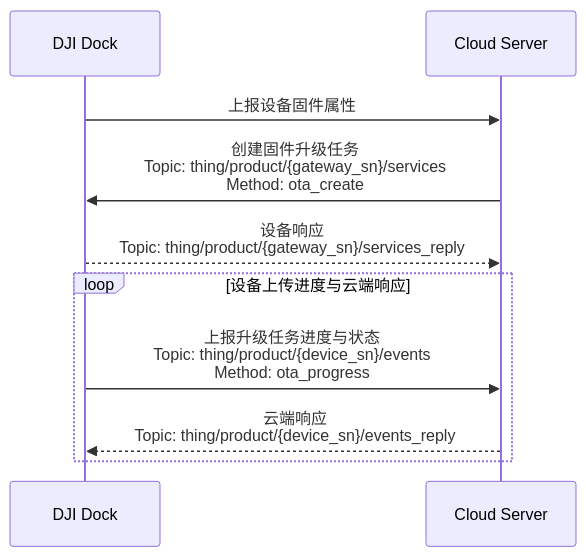
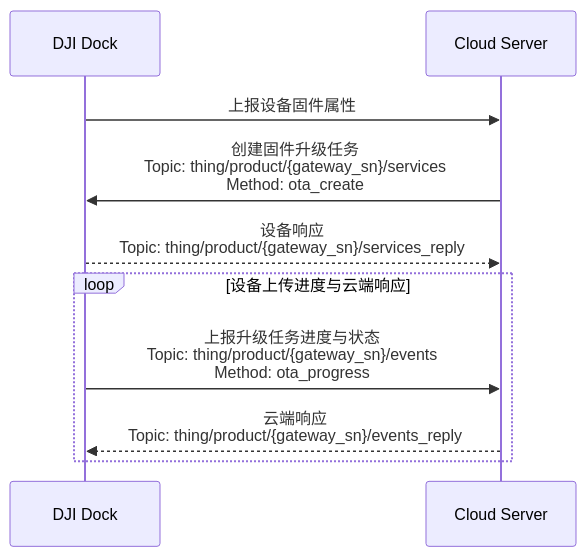
The diagram in docs/cn/30.feature-set/20.dock-feature-set/80.firmware-upgrade.md (dji-sdk/Cloud-API-Doc), drawn with Mermaid before and after one commit. The commit also changed other lines of this file and 152 other files, not shown here.

````diff
--- a/docs/cn/30.feature-set/20.dock-feature-set/80.firmware-upgrade.md
+++ b/docs/cn/30.feature-set/20.dock-feature-set/80.firmware-upgrade.md
@@ -15,18 +15,18 @@
 ```mermaid
 sequenceDiagram
 
 participant client as DJI Dock
 participant app_server as Cloud Server
 
 client ->> app_server : 上报设备固件属性
 
 app_server ->> client : 创建固件升级任务<br/>Topic: thing/product/{gateway_sn}/services<br/>Method: ota_create
 client -->> app_server : 设备响应<br/>Topic: thing/product/{gateway_sn}/services_reply
 
 loop 设备上传进度与云端响应
 
-client ->> app_server : 上报升级任务进度与状态<br/>Topic: thing/product/{device_sn}/events<br/>Method: ota_progress
-app_server -->> client : 云端响应<br/>Topic: thing/product/{device_sn}/events_reply
+client ->> app_server : 上报升级任务进度与状态<br/>Topic: thing/product/{gateway_sn}/events<br/>Method: ota_progress
+app_server -->> client : 云端响应<br/>Topic: thing/product/{gateway_sn}/events_reply
 
 end
 ```
````
